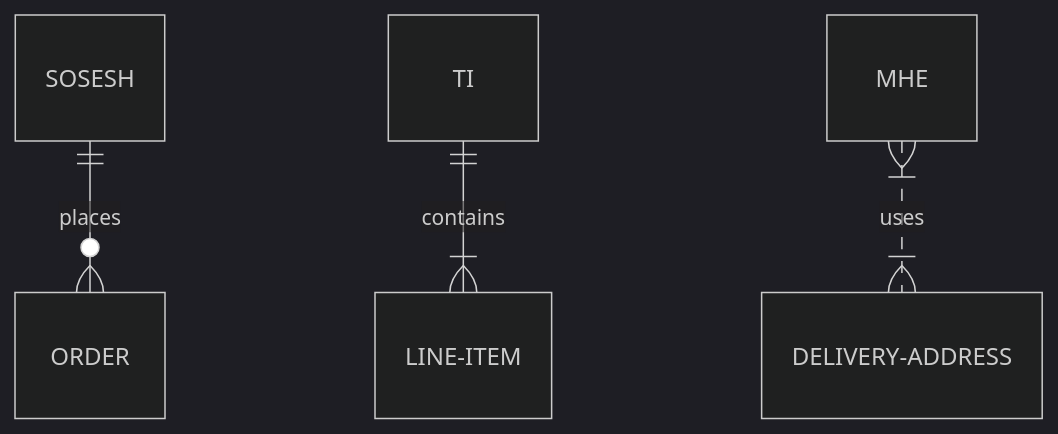
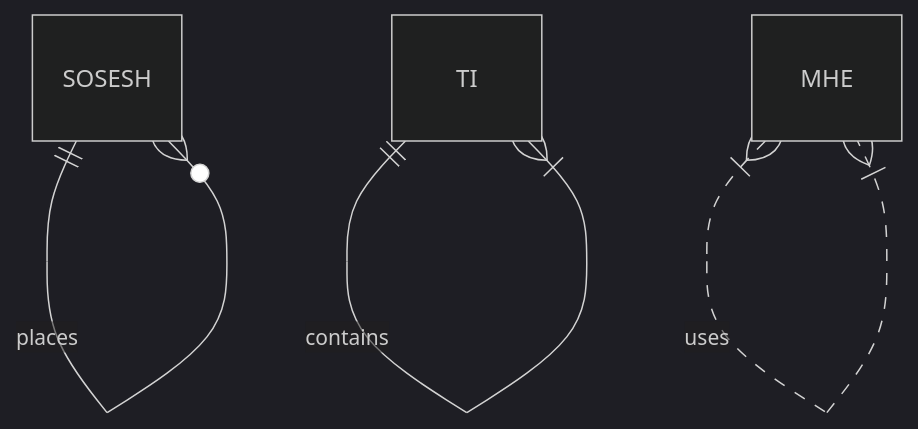
One commit to EnDeVeRo/REVENGE changed the diagram in README.md. Above: the diagram before and after it, drawn with Mermaid (dark theme).

````diff
--- a/README.md
+++ b/README.md
@@ -22,6 +22,6 @@
 ```mermaid
 erDiagram
-    SOSESH ||--o{ ORDER : places
-    TI ||--|{ LINE-ITEM : contains
-    MHE }|..|{ DELIVERY-ADDRESS : uses
+    SOSESH ||--o{ SOSESH : places
+    TI ||--|{ TI : contains
+    MHE }|..|{ MHE : uses
 ```
````
